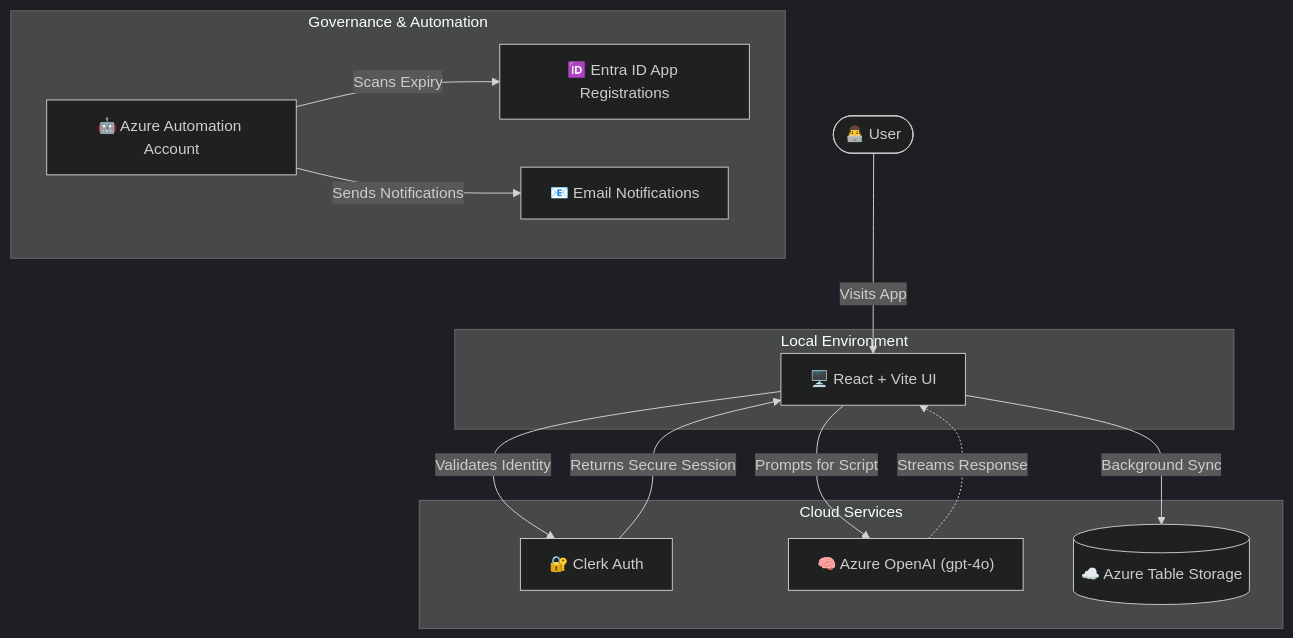
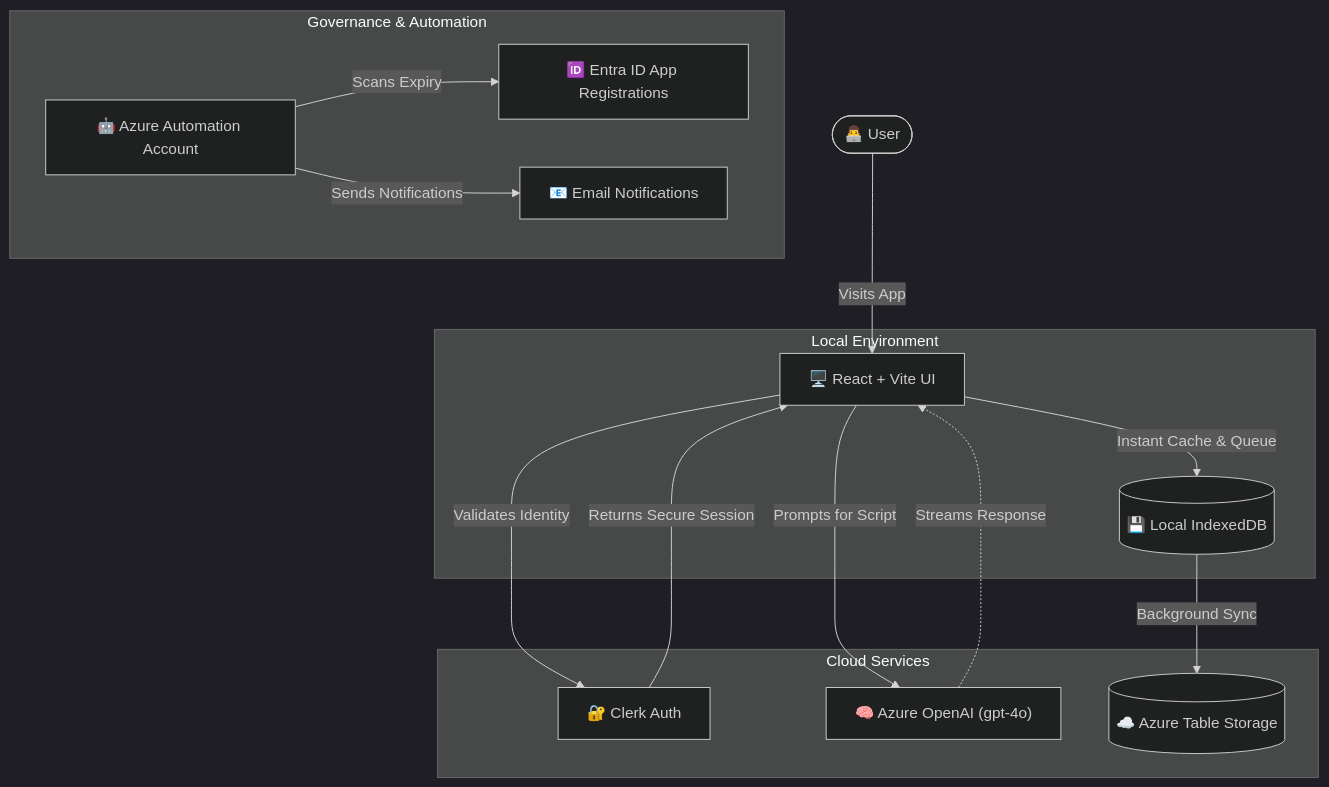
Before and after one commit to ajf013/CruzOps-AI: the first of 2 diagrams in README.md, drawn with Mermaid (dark theme). The commit also changed other lines of this file, not shown here.

Commit message:
Update README with recent feature additions and IndexedDB offline cache architecture

````diff
--- a/README.md
+++ b/README.md
@@ -41,27 +47,29 @@
 ```mermaid
 graph TD
     User(["👨‍💻 User"]) --> |Visits App| UI["🖥️ React + Vite UI"]
     UI --> |Validates Identity| Clerk["🔐 Clerk Auth"]
     Clerk --> |Returns Secure Session| UI
     
     UI --> |Prompts for Script| OpenAI["🧠 Azure OpenAI (gpt-4o)"]
     OpenAI -.-> |Streams Response| UI
     
-    UI --> |Background Sync| TableStorage[("☁️ Azure Table Storage")]
+    UI --> |Instant Cache & Queue| IDB[("💾 Local IndexedDB")]
+    IDB --> |Background Sync| TableStorage[("☁️ Azure Table Storage")]
 
     subgraph "Governance & Automation"
         AA["🤖 Azure Automation Account"]
         AA --> |Scans Expiry| Entra["🆔 Entra ID App Registrations"]
         AA --> |Sends Notifications| Emails["📧 Email Notifications"]
     end
     
     subgraph "Local Environment"
         UI
+        IDB
     end
     
     subgraph "Cloud Services"
         Clerk
         OpenAI
         TableStorage
     end
 ```
````
